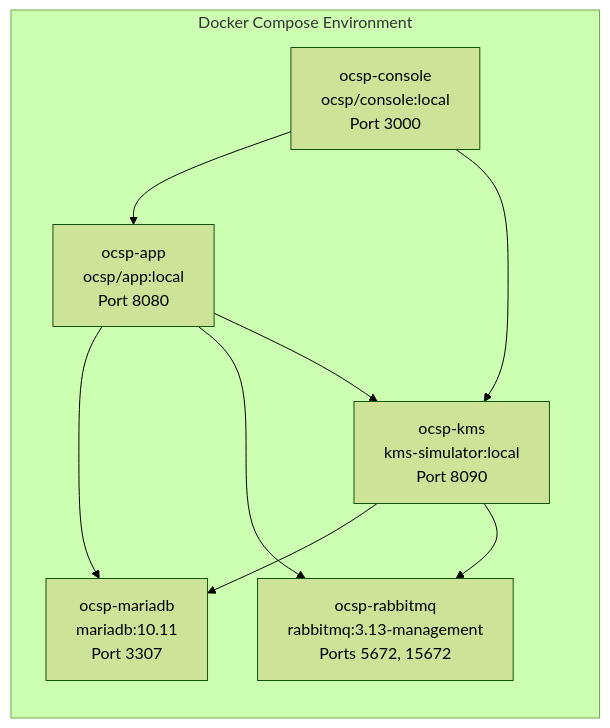
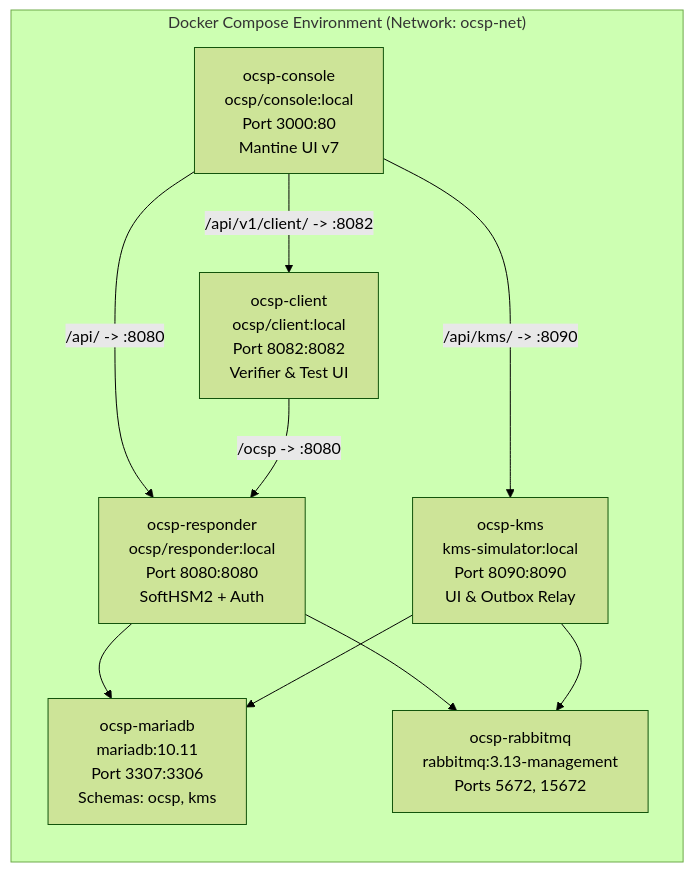
Before and after one commit to Majdzapa/OCSP: the sixth of 7 diagrams in ARCHITECTURE.md, drawn with Mermaid (forest theme). The commit also changed other lines of this file and 4 other files, not shown here.

Commit message:
docs: update ARCHITECTURE.md and add ADR-005, ADR-006, ADR-007

````diff
--- a/ARCHITECTURE.md
+++ b/ARCHITECTURE.md
@@ -255,18 +323,20 @@
 ```mermaid
 graph LR
-    subgraph DOCKER_COMPOSE["Docker Compose Environment"]
-        MARIADB["ocsp-mariadb<br/>mariadb:10.11<br/>Port 3307"]
+    subgraph DOCKER_COMPOSE["Docker Compose Environment (Network: ocsp-net)"]
+        MARIADB["ocsp-mariadb<br/>mariadb:10.11<br/>Port 3307:3306<br/>Schemas: ocsp, kms"]
         RABBIT["ocsp-rabbitmq<br/>rabbitmq:3.13-management<br/>Ports 5672, 15672"]
-        KMS_SVC["ocsp-kms<br/>kms-simulator:local<br/>Port 8090"]
-        APP_SVC["ocsp-app<br/>ocsp/app:local<br/>Port 8080"]
-        WEB_SVC["ocsp-console<br/>ocsp/console:local<br/>Port 3000"]
+        KMS_SVC["ocsp-kms<br/>kms-simulator:local<br/>Port 8090:8090<br/>UI & Outbox Relay"]
+        RESP_SVC["ocsp-responder<br/>ocsp/responder:local<br/>Port 8080:8080<br/>SoftHSM2 + Auth"]
+        CLIENT_SVC["ocsp-client<br/>ocsp/client:local<br/>Port 8082:8082<br/>Verifier & Test UI"]
+        CONSOLE_SVC["ocsp-console<br/>ocsp/console:local<br/>Port 3000:80<br/>Mantine UI v7"]
     end
 
-    APP_SVC --> MARIADB
-    APP_SVC --> RABBIT
+    RESP_SVC --> MARIADB
+    RESP_SVC --> RABBIT
     KMS_SVC --> MARIADB
     KMS_SVC --> RABBIT
-    APP_SVC --> KMS_SVC
-    WEB_SVC --> APP_SVC
-    WEB_SVC --> KMS_SVC
+    CONSOLE_SVC -->|/api/ -> :8080| RESP_SVC
+    CONSOLE_SVC -->|/api/v1/client/ -> :8082| CLIENT_SVC
+    CONSOLE_SVC -->|/api/kms/ -> :8090| KMS_SVC
+    CLIENT_SVC -->|/ocsp -> :8080| RESP_SVC
 ```
````
